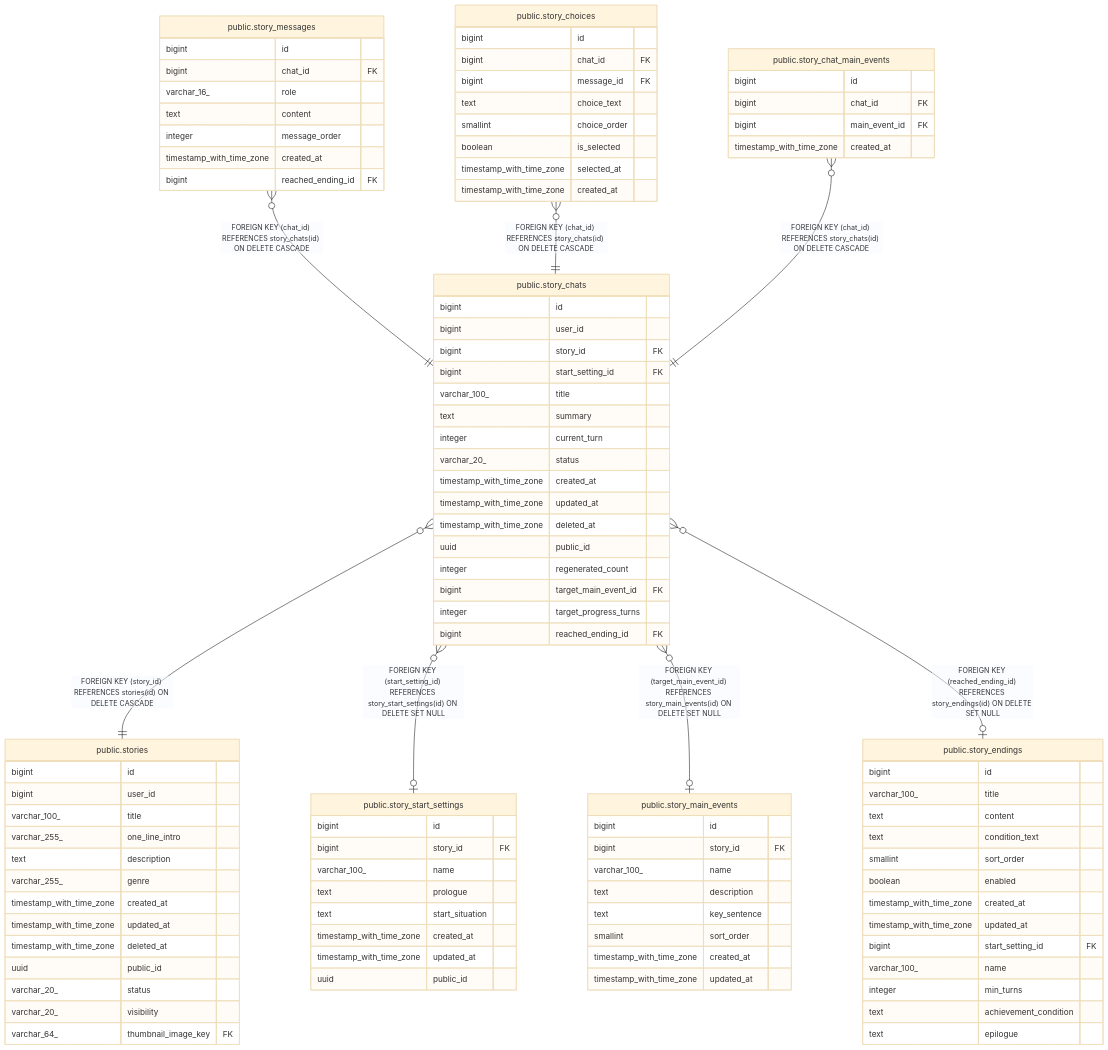
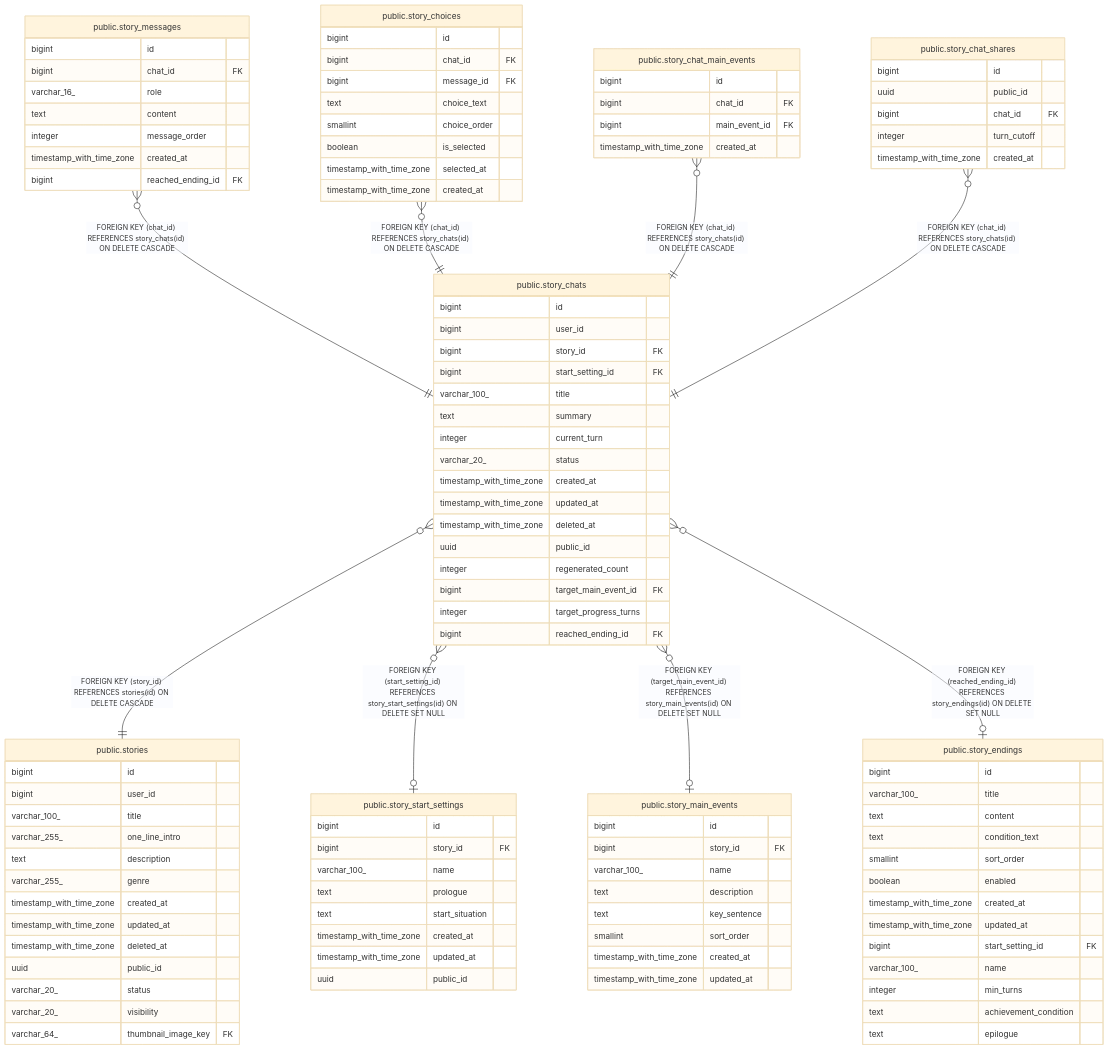
One commit to KIM-N-KANG/manyak-server changed the diagram in dbdoc/public.story_chats.md. Above: the diagram before and after it, drawn with Mermaid (base theme). The commit also changed other lines of this file and 11 other files, not shown here.

```diff
--- a/dbdoc/public.story_chats.md
+++ b/dbdoc/public.story_chats.md
@@ -52,6 +52,7 @@
 "public.story_messages" }o--|| "public.story_chats" : "FOREIGN KEY (chat_id) REFERENCES story_chats(id) ON DELETE CASCADE"
 "public.story_choices" }o--|| "public.story_chats" : "FOREIGN KEY (chat_id) REFERENCES story_chats(id) ON DELETE CASCADE"
 "public.story_chat_main_events" }o--|| "public.story_chats" : "FOREIGN KEY (chat_id) REFERENCES story_chats(id) ON DELETE CASCADE"
+"public.story_chat_shares" }o--|| "public.story_chats" : "FOREIGN KEY (chat_id) REFERENCES story_chats(id) ON DELETE CASCADE"
 "public.story_chats" }o--|| "public.stories" : "FOREIGN KEY (story_id) REFERENCES stories(id) ON DELETE CASCADE"
 "public.story_chats" }o--o| "public.story_start_settings" : "FOREIGN KEY (start_setting_id) REFERENCES story_start_settings(id) ON DELETE SET NULL"
 "public.story_chats" }o--o| "public.story_main_events" : "FOREIGN KEY (target_main_event_id) REFERENCES story_main_events(id) ON DELETE SET NULL"
@@ -98,6 +99,13 @@
   bigint id
   bigint chat_id FK
   bigint main_event_id FK
+  timestamp_with_time_zone created_at
+}
+"public.story_chat_shares" {
+  bigint id
+  uuid public_id
+  bigint chat_id FK
+  integer turn_cutoff
   timestamp_with_time_zone created_at
 }
 "public.stories" {
```
